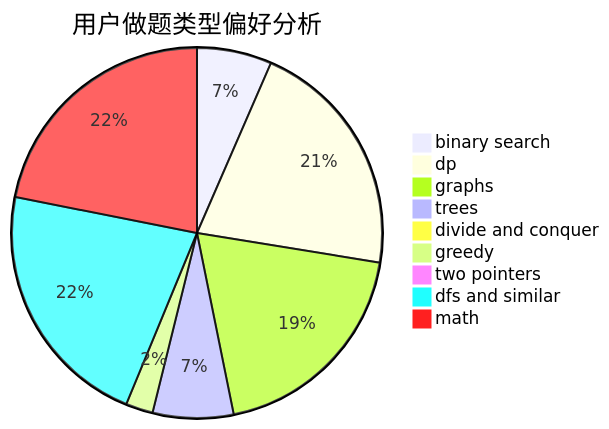
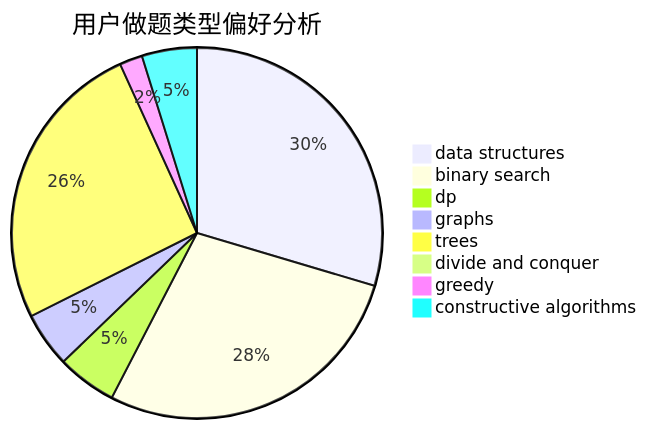
One commit to sherpahu/cfrs.github.io changed the second of 3 diagrams in docs/user/u546.md. Above: the diagram before and after it, drawn with Mermaid. The commit also changed other lines of this file and 2775 other files, not shown here.

````diff
--- a/docs/user/u546.md
+++ b/docs/user/u546.md
@@ -23,12 +23,11 @@
 ```mermaid
 pie title 用户做题类型偏好分析
-    "binary search" :  77
-    "dp" :  248
-    "graphs" :  227
-    "trees" :  83
+    "data structures" :  74
+    "binary search" :  70
+    "dp" :  13
+    "graphs" :  12
+    "trees" :  64
     "divide and conquer" :  0
-    "greedy" :  28
-    "two pointers" :  0
-    "dfs and similar" :  258
-    "math" :  258
+    "greedy" :  5
+    "constructive algorithms" :  12
 ```
````
